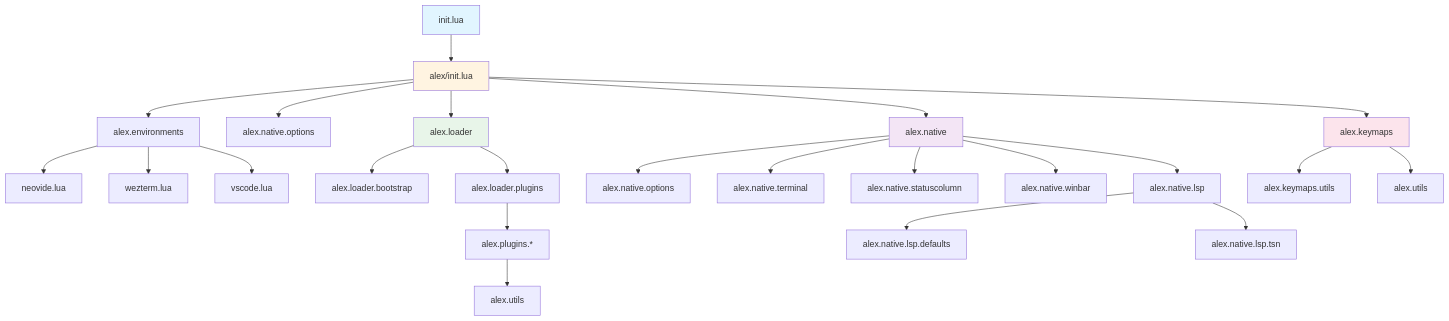
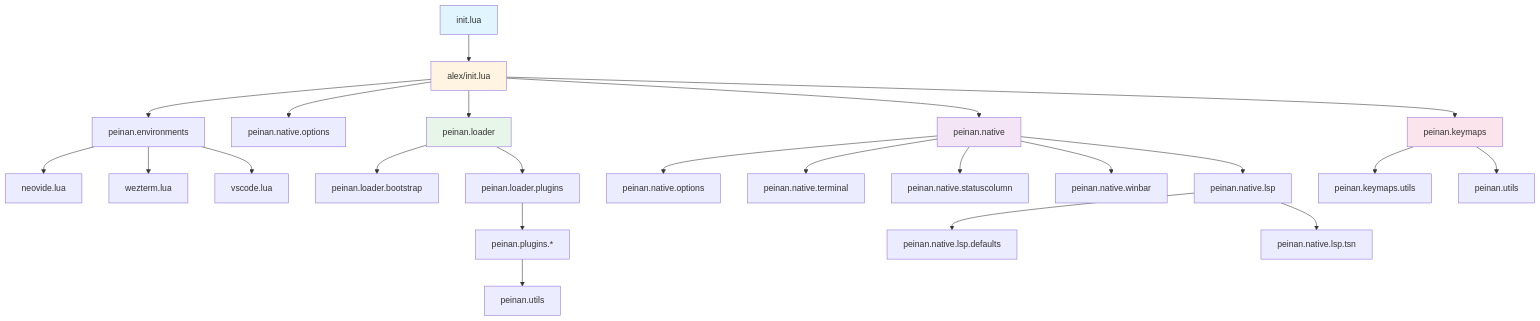
The first of 4 diagrams in docs/en/structure/dependencies.md (peinan/nvim), drawn with Mermaid before and after one commit. The commit also changed other lines of this file and 96 other files, not shown here.

````diff
--- a/docs/en/structure/dependencies.md
+++ b/docs/en/structure/dependencies.md
@@ -7,37 +7,37 @@
 ```mermaid
 graph TD
     A[init.lua] --> B[alex/init.lua]
-    B --> C[alex.environments]
-    B --> D[alex.native.options]
-    B --> E[alex.loader]
-    B --> F[alex.native]
-    B --> G[alex.keymaps]
+    B --> C[peinan.environments]
+    B --> D[peinan.native.options]
+    B --> E[peinan.loader]
+    B --> F[peinan.native]
+    B --> G[peinan.keymaps]
 
     C --> C1[neovide.lua]
     C --> C2[wezterm.lua]
     C --> C3[vscode.lua]
 
-    E --> E1[alex.loader.bootstrap]
-    E --> E2[alex.loader.plugins]
+    E --> E1[peinan.loader.bootstrap]
+    E --> E2[peinan.loader.plugins]
 
-    F --> F1[alex.native.options]
-    F --> F2[alex.native.terminal]
-    F --> F3[alex.native.statuscolumn]
-    F --> F4[alex.native.winbar]
-    F --> F5[alex.native.lsp]
+    F --> F1[peinan.native.options]
+    F --> F2[peinan.native.terminal]
+    F --> F3[peinan.native.statuscolumn]
+    F --> F4[peinan.native.winbar]
+    F --> F5[peinan.native.lsp]
 
-    F5 --> F5A[alex.native.lsp.defaults]
-    F5 --> F5B[alex.native.lsp.tsn]
+    F5 --> F5A[peinan.native.lsp.defaults]
+    F5 --> F5B[peinan.native.lsp.tsn]
 
-    G --> G1[alex.keymaps.utils]
-    G --> G2[alex.utils]
+    G --> G1[peinan.keymaps.utils]
+    G --> G2[peinan.utils]
 
-    E2 --> P1[alex.plugins.*]
-    P1 --> P2[alex.utils]
+    E2 --> P1[peinan.plugins.*]
+    P1 --> P2[peinan.utils]
 
     style A fill:#e1f5ff
     style B fill:#fff4e1
     style E fill:#e8f5e9
     style F fill:#f3e5f5
     style G fill:#fce4ec
 ```
````
